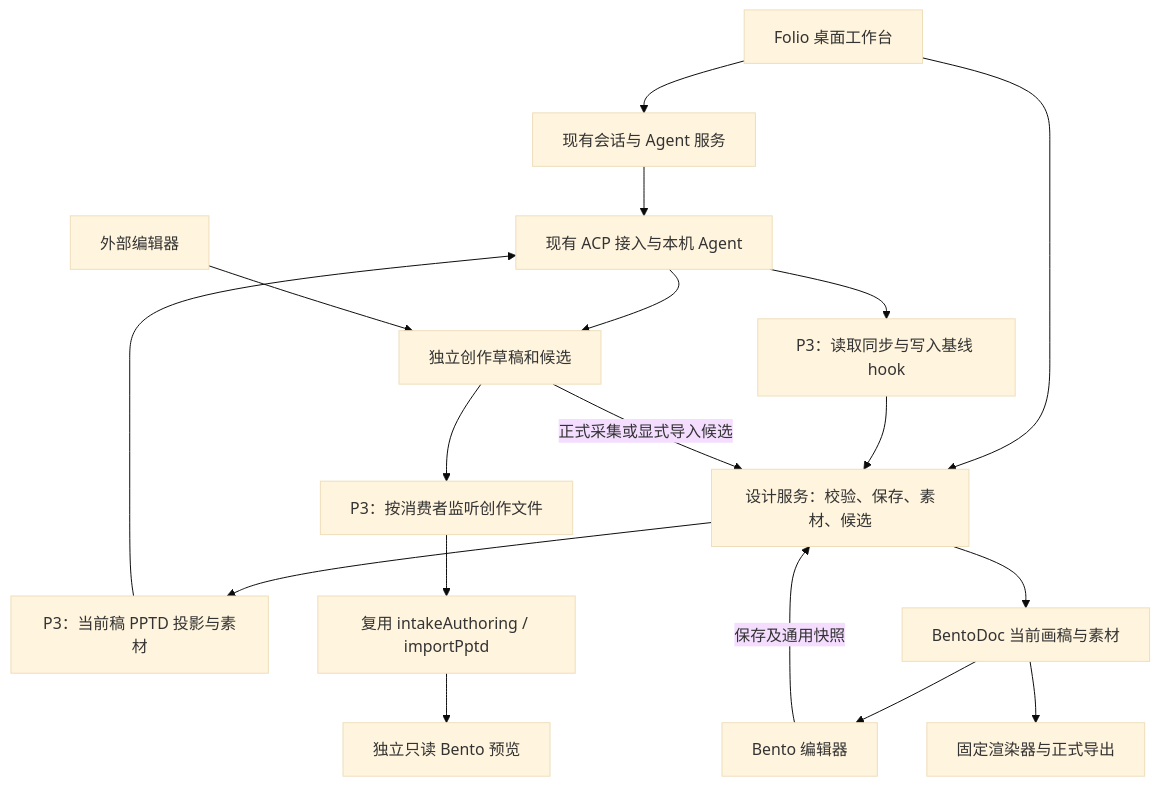
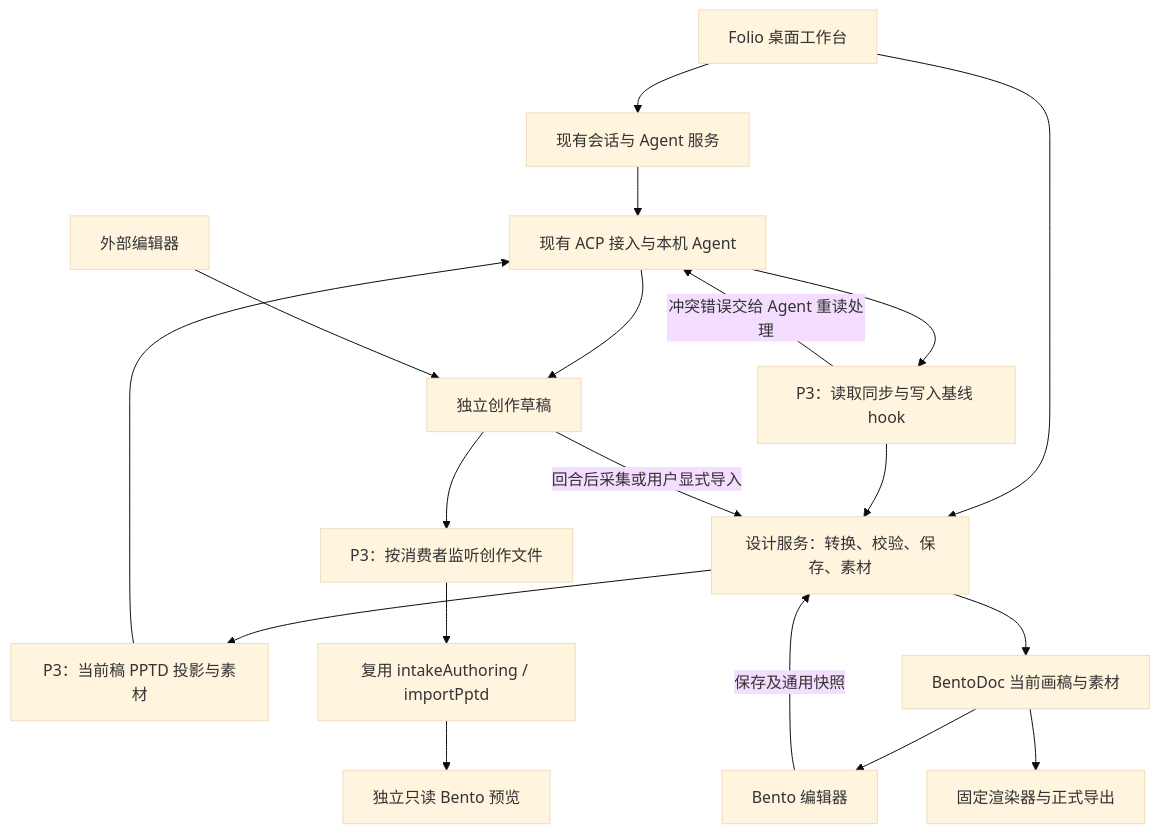
Before and after one commit to LeonEthan/Folio: the diagram in .agents/notes/proposed/architecture/2026-09-09-graphic-design-platform.zh.md, drawn with Mermaid (base theme). The commit also changed other lines of this file and 11 other files, not shown here.

````diff
--- a/.agents/notes/proposed/architecture/2026-09-09-graphic-design-platform.zh.md
+++ b/.agents/notes/proposed/architecture/2026-09-09-graphic-design-platform.zh.md
@@ -109,20 +126,21 @@
 ```mermaid
 flowchart TD
   UI[Folio 桌面工作台] --> CHAT[现有会话与 Agent 服务]
-  UI --> DESIGN[设计服务：校验、保存、素材、候选]
+  UI --> DESIGN[设计服务：转换、校验、保存、素材]
   CHAT --> CLI[现有 ACP 接入与本机 Agent]
   CLI --> HOOK[P3：读取同步与写入基线 hook]
   HOOK --> DESIGN
   DESIGN --> PROJECTION[P3：当前稿 PPTD 投影与素材]
   PROJECTION --> CLI
-  CLI --> CANDIDATE[独立创作草稿和候选]
-  EXTERNAL[外部编辑器] --> CANDIDATE
-  CANDIDATE --> WATCH[P3：按消费者监听创作文件]
+  CLI --> DRAFT[独立创作草稿]
+  EXTERNAL[外部编辑器] --> DRAFT
+  DRAFT --> WATCH[P3：按消费者监听创作文件]
   WATCH --> INTAKE[复用 intakeAuthoring / importPptd]
   INTAKE --> PREVIEW[独立只读 Bento 预览]
-  CANDIDATE -->|正式采集或显式导入候选| DESIGN
+  DRAFT -->|回合后采集或用户显式导入| DESIGN
+  HOOK -->|冲突错误交给 Agent 重读处理| CLI
   DESIGN --> DOC[BentoDoc 当前画稿与素材]
   DOC --> EDITOR[Bento 编辑器]
   EDITOR -->|保存及通用快照| DESIGN
   DOC --> RENDER[固定渲染器与正式导出]
 ```
````
